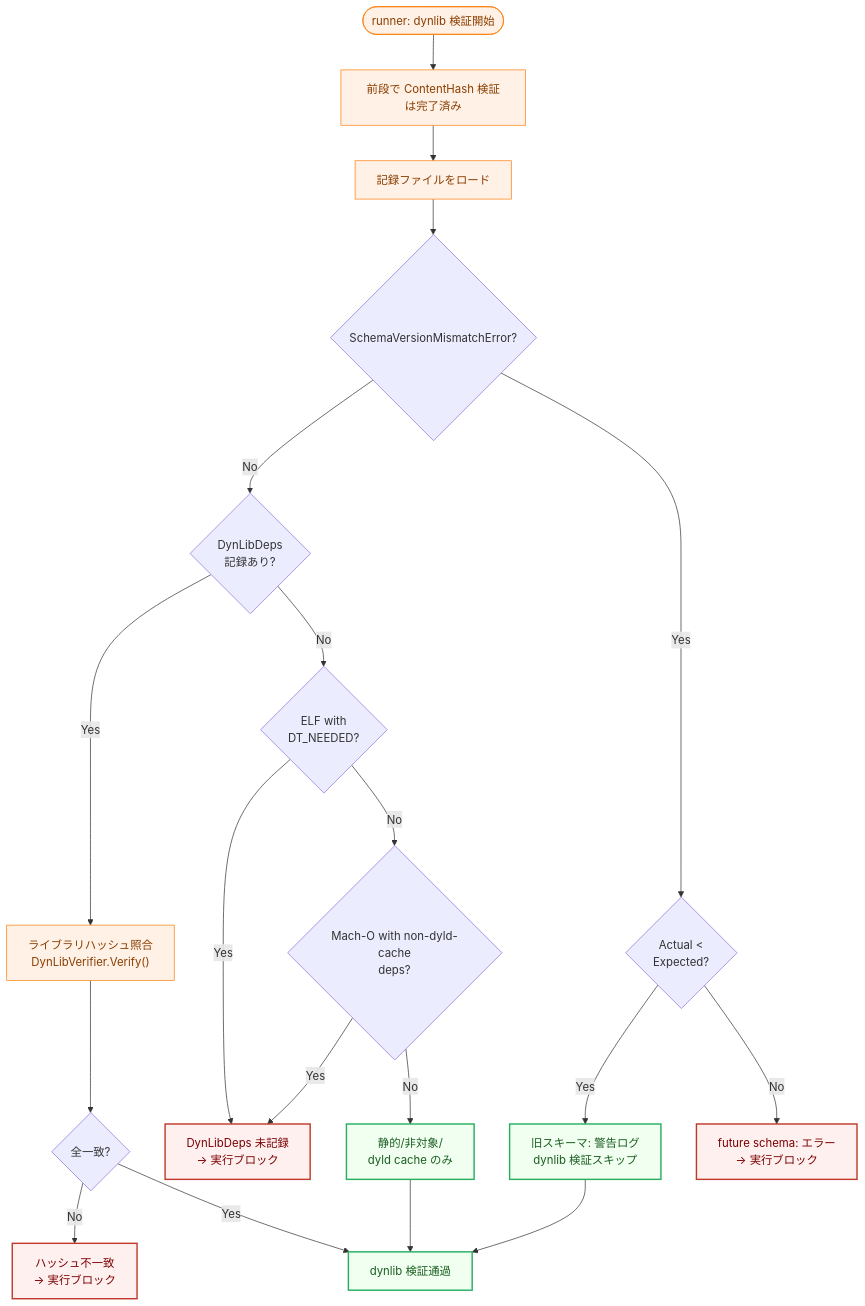
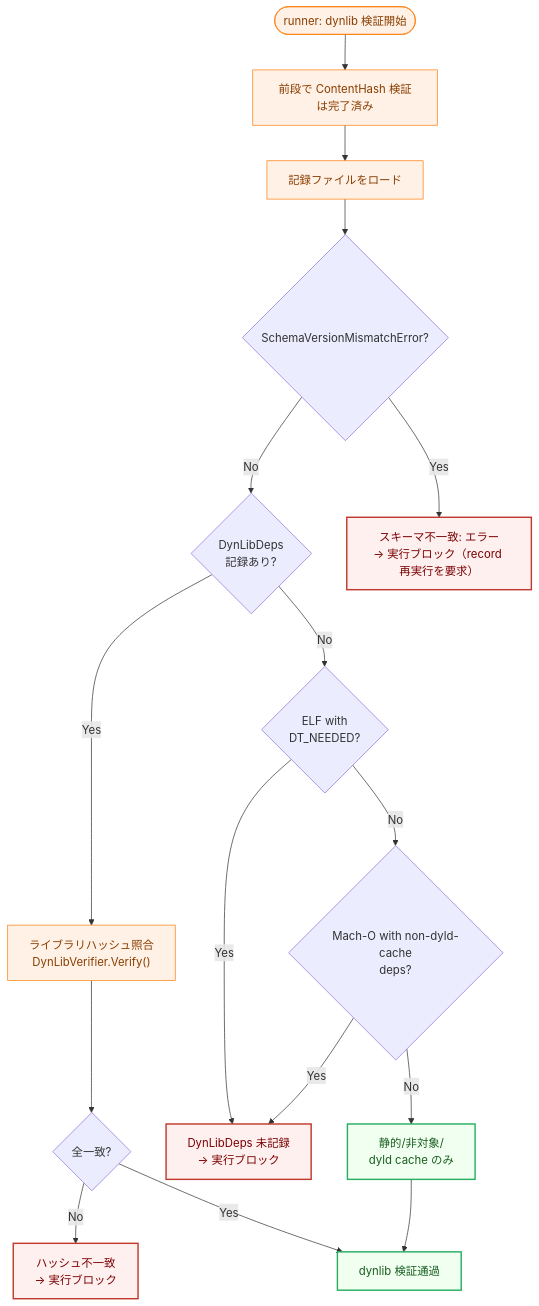
Before and after one commit to isseis/go-safe-cmd-runner: the sixth of 9 diagrams in docs/tasks/0096_macho_lc_load_dylib_integrity/02_architecture.md, drawn with Mermaid. The commit also changed other lines of this file, not shown here.

First line of the commit message:
Update 0096 architecture: old schema must error in runner, not warn+skip

````diff
--- a/docs/tasks/0096_macho_lc_load_dylib_integrity/02_architecture.md
+++ b/docs/tasks/0096_macho_lc_load_dylib_integrity/02_architecture.md
@@ -563,49 +563,44 @@
 ```mermaid
 flowchart TD
     classDef process fill:#fff1e6,stroke:#ff7f0e,stroke-width:1px,color:#8a3e00;
     classDef highRisk fill:#fff0f0,stroke:#c0392b,stroke-width:2px,color:#7b0000;
     classDef safe fill:#f0fff0,stroke:#27ae60,stroke-width:2px,color:#1a5e20;
 
     Start(["runner: dynlib 検証開始"])
     NoteHash["前段で ContentHash 検証は完了済み"]
     LoadRecord["記録ファイルをロード"]
     SchemaErr{"SchemaVersionMismatchError?"}
-    OldSchema{"Actual &lt;<br/>Expected?"}
-    SchemaWarn["旧スキーマ: 警告ログ<br/>dynlib 検証スキップ"]
-    SchemaError["future schema: エラー<br/>→ 実行ブロック"]
+    SchemaError["スキーマ不一致: エラー<br/>→ 実行ブロック（record 再実行を要求）"]
 
     CheckDynLib{"DynLibDeps<br/>記録あり?"}
     CheckELF{"ELF with<br/>DT_NEEDED?"}
     CheckMachO{"Mach-O with non-dyld-cache<br/>deps?"}
     NoDynOK["静的/非対象/<br/>dyld cache のみ"]
     DynRequired["DynLibDeps 未記録<br/>→ 実行ブロック"]
 
     HashLib["ライブラリハッシュ照合<br/>DynLibVerifier.Verify()"]
     HashLibOK{"全一致?"}
     HashLibFail["ハッシュ不一致<br/>→ 実行ブロック"]
 
     AllOK["dynlib 検証通過"]
 
     Start --> NoteHash
     NoteHash --> LoadRecord
     LoadRecord --> SchemaErr
     SchemaErr -->|"No"| CheckDynLib
-    SchemaErr -->|"Yes"| OldSchema
-    OldSchema -->|"Yes"| SchemaWarn
-    OldSchema -->|"No"| SchemaError
-    SchemaWarn --> AllOK
+    SchemaErr -->|"Yes"| SchemaError
     CheckDynLib -->|"Yes"| HashLib
     CheckDynLib -->|"No"| CheckELF
     CheckELF -->|"Yes"| DynRequired
     CheckELF -->|"No"| CheckMachO
     CheckMachO -->|"Yes"| DynRequired
     CheckMachO -->|"No"| NoDynOK
     NoDynOK --> AllOK
     HashLib --> HashLibOK
     HashLibOK -->|"No"| HashLibFail
     HashLibOK -->|"Yes"| AllOK
 
     class Start,NoteHash,LoadRecord,HashLib process;
     class SchemaError,DynRequired,HashLibFail highRisk;
-    class NoDynOK,AllOK,SchemaWarn safe;
+    class NoDynOK,AllOK safe;
 ```
````
